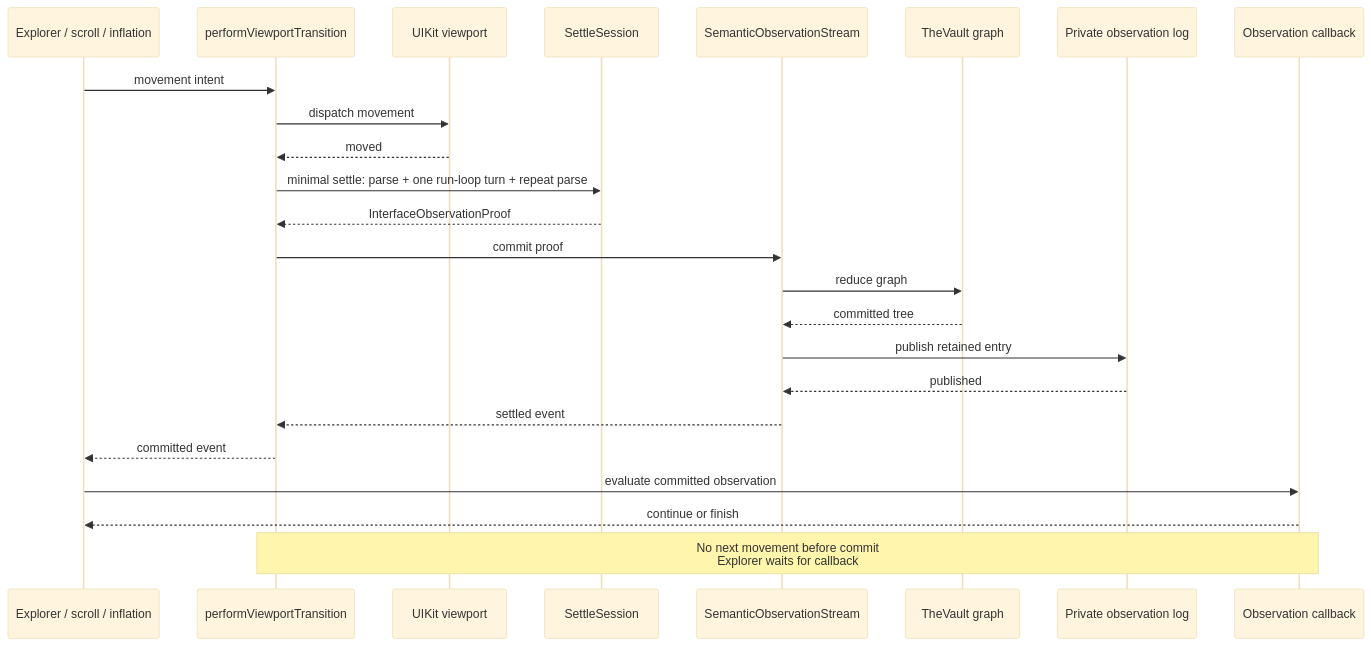
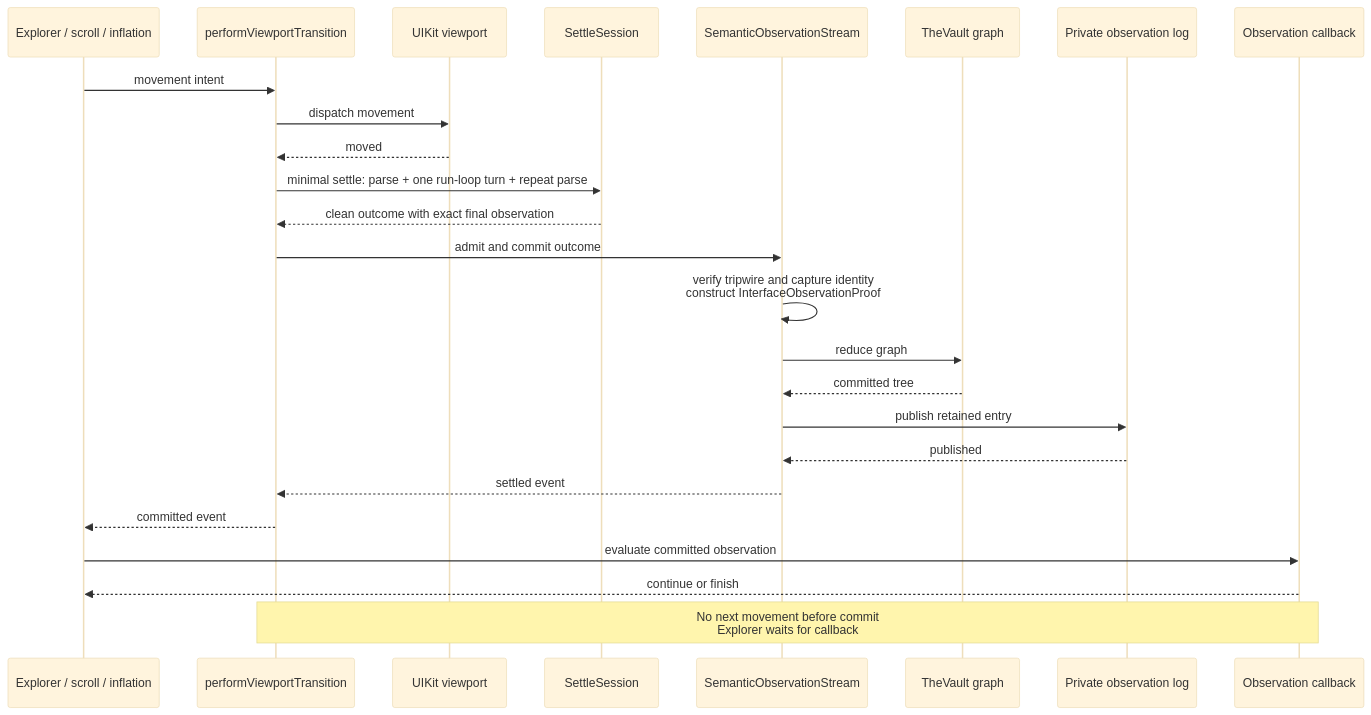
The second of 5 diagrams in docs/diagrams/observation-pipeline.md (RoyalPineapple/TheButtonHeist), drawn with Mermaid (base theme) before and after one commit. The commit also changed other lines of this file and 114 other files, not shown here.

````diff
--- a/docs/diagrams/observation-pipeline.md
+++ b/docs/diagrams/observation-pipeline.md
@@ -97,27 +105,28 @@
 ```mermaid
 sequenceDiagram
     participant Caller as Explorer / scroll / inflation
     participant Transition as performViewportTransition
     participant UIKit as UIKit viewport
     participant Settle as SettleSession
     participant Stream as SemanticObservationStream
     participant Graph as TheVault graph
     participant Log as Private observation log
     participant Callback as Observation callback
 
     Caller->>Transition: movement intent
     Transition->>UIKit: dispatch movement
     UIKit-->>Transition: moved
     Transition->>Settle: minimal settle: parse + one run-loop turn + repeat parse
-    Settle-->>Transition: InterfaceObservationProof
-    Transition->>Stream: commit proof
+    Settle-->>Transition: clean outcome with exact final observation
+    Transition->>Stream: admit and commit outcome
+    Stream->>Stream: verify tripwire and capture identity<br/>construct InterfaceObservationProof
     Stream->>Graph: reduce graph
     Graph-->>Stream: committed tree
     Stream->>Log: publish retained entry
     Log-->>Stream: published
     Stream-->>Transition: settled event
     Transition-->>Caller: committed event
     Caller->>Callback: evaluate committed observation
     Callback-->>Caller: continue or finish
     Note over Transition,Callback: No next movement before commit<br/>Explorer waits for callback
 ```
````
